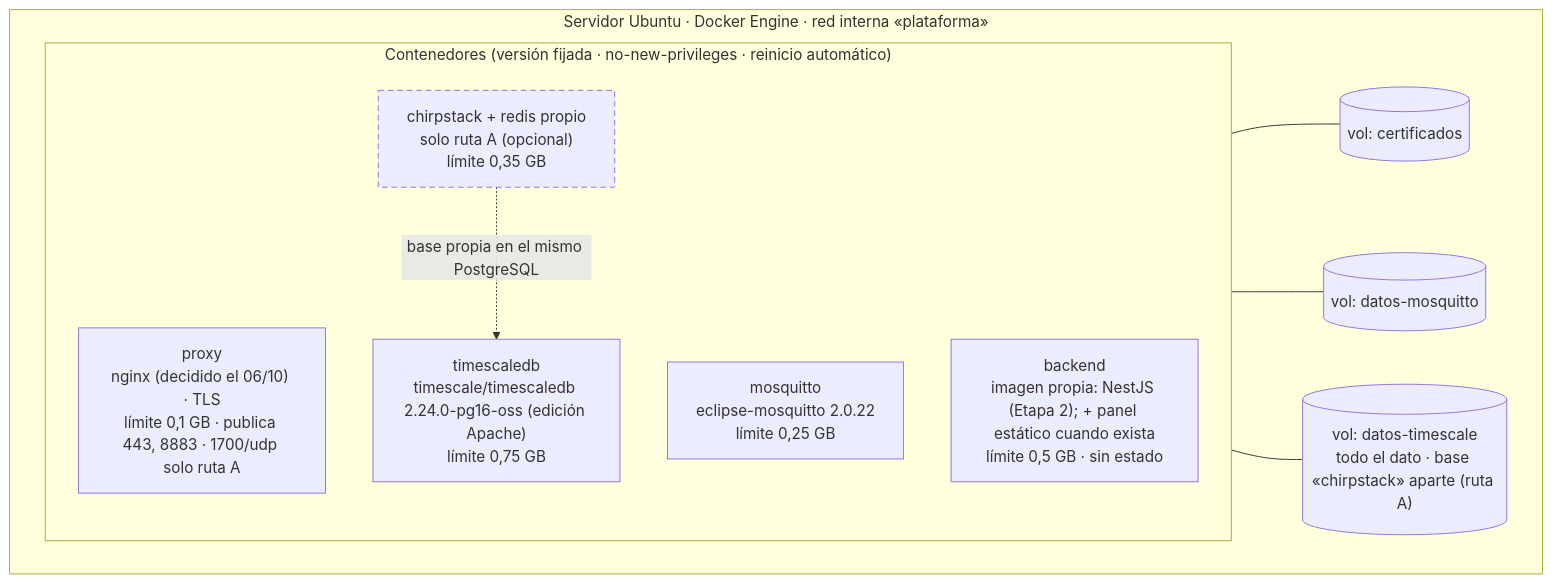
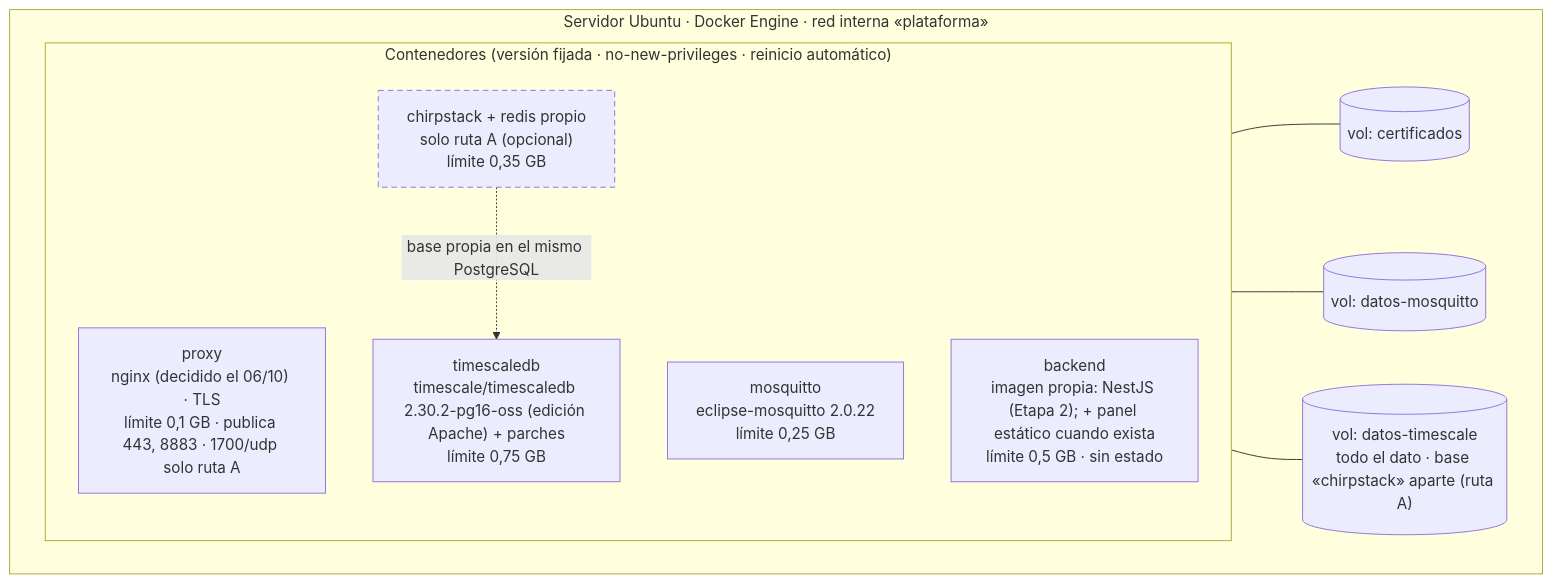
The diagram in informe-oficial/figuras/mermaid/despliegue.mmd (vicenterami/tesis), drawn with Mermaid before and after one commit. The commit also changed 43 other files, not shown here.

```diff
--- a/informe-oficial/figuras/mermaid/despliegue.mmd
+++ b/informe-oficial/figuras/mermaid/despliegue.mmd
@@ -1,21 +1,21 @@
 flowchart TB
     subgraph HOST["Servidor Ubuntu · Docker Engine · red interna «plataforma»"]
         direction LR
         subgraph SVC["Contenedores (versión fijada · no-new-privileges · reinicio automático)"]
             direction TB
             C5["proxy<br/>nginx (decidido el 06/10) · TLS<br/>límite 0,1 GB · publica 443, 8883 · 1700/udp solo ruta A"]
             C1["mosquitto<br/>eclipse-mosquitto 2.0.22<br/>límite 0,25 GB"]
             C2["chirpstack + redis propio<br/>solo ruta A (opcional)<br/>límite 0,35 GB"]
             C4["backend<br/>imagen propia: NestJS (Etapa 2); + panel estático cuando exista<br/>límite 0,5 GB · sin estado"]
-            C3["timescaledb<br/>timescale/timescaledb 2.24.0-pg16-oss (edición Apache)<br/>límite 0,75 GB"]
+            C3["timescaledb<br/>timescale/timescaledb 2.30.2-pg16-oss (edición Apache) + parches<br/>límite 0,75 GB"]
         end
         V4[("vol: certificados")]
         V2[("vol: datos-mosquitto")]
         V1[("vol: datos-timescale<br/>todo el dato · base «chirpstack» aparte (ruta A)")]
     end
     C5 --- V4
     C1 --- V2
     C3 --- V1
     C2 -. "base propia en el mismo PostgreSQL" .-> C3
     classDef opcional stroke-dasharray:6 4
     class C2 opcional
```
